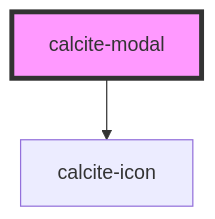
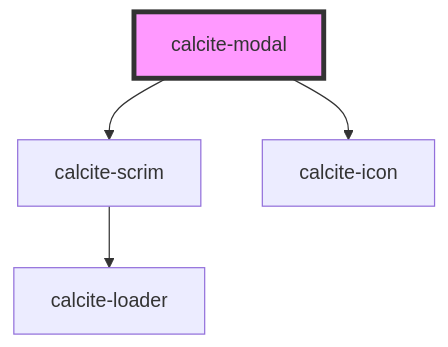
One commit to vikivakarvc/calcite-design-system changed the diagram in src/components/calcite-modal/readme.md. Above: the diagram before and after it, drawn with Mermaid. The commit also changed other lines of this file and 7 other files, not shown here.

````diff
--- a/src/components/calcite-modal/readme.md
+++ b/src/components/calcite-modal/readme.md
@@ -133,5 +123,7 @@
 ```mermaid
 graph TD;
+  calcite-modal --> calcite-scrim
   calcite-modal --> calcite-icon
+  calcite-scrim --> calcite-loader
   style calcite-modal fill:#f9f,stroke:#333,stroke-width:4px
 ```
````
